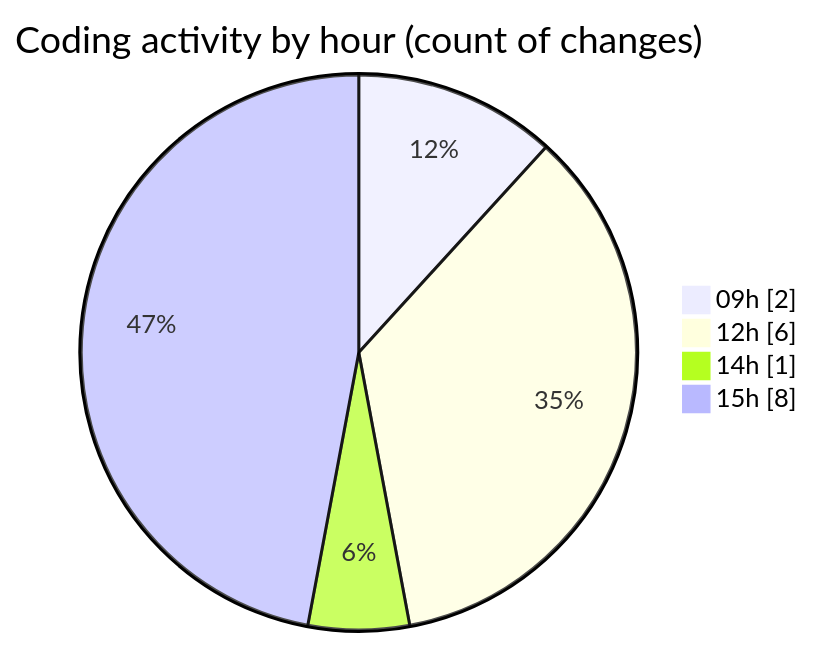
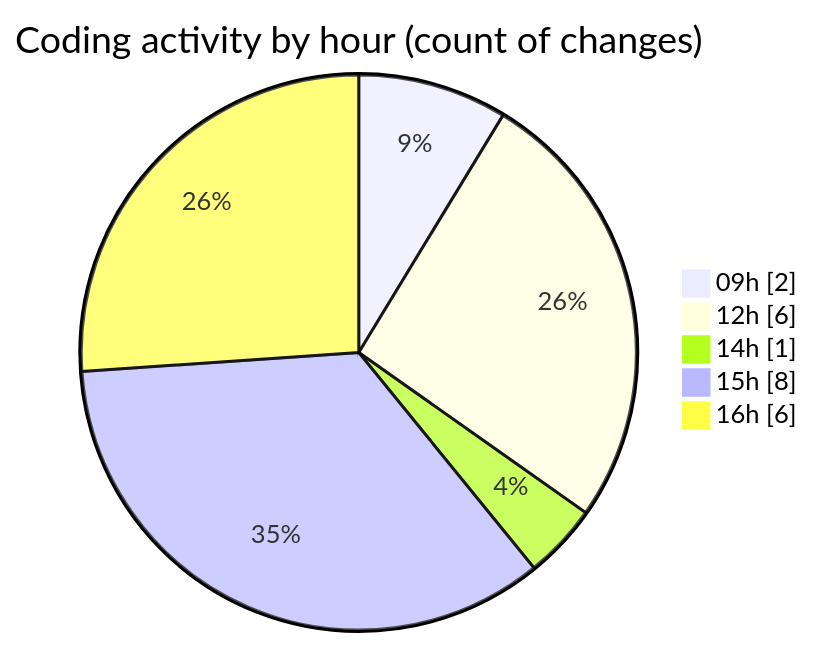
Before and after one commit to igalym/code-tracking: the second of 2 diagrams in 2026-06-16/cinema_3/README.md, drawn with Mermaid. The commit also changed other lines of this file and 1 other file, not shown here.

````diff
--- a/2026-06-16/cinema_3/README.md
+++ b/2026-06-16/cinema_3/README.md
@@ -38,8 +44,9 @@
 ```mermaid
 pie showData
 title Coding activity by hour (count of changes)
 "09h" : 2
 "12h" : 6
 "14h" : 1
 "15h" : 8
+"16h" : 6
 ```
````
